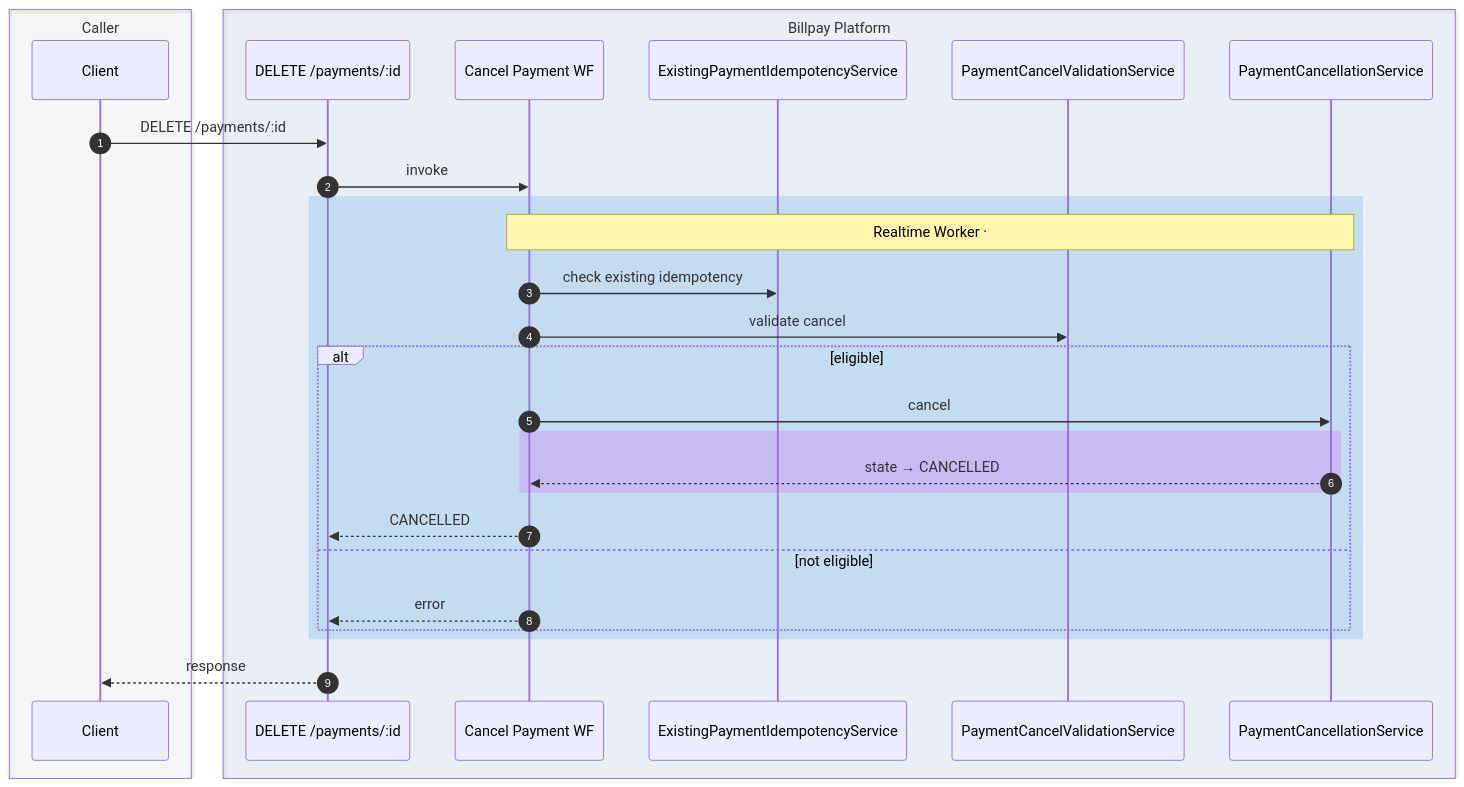
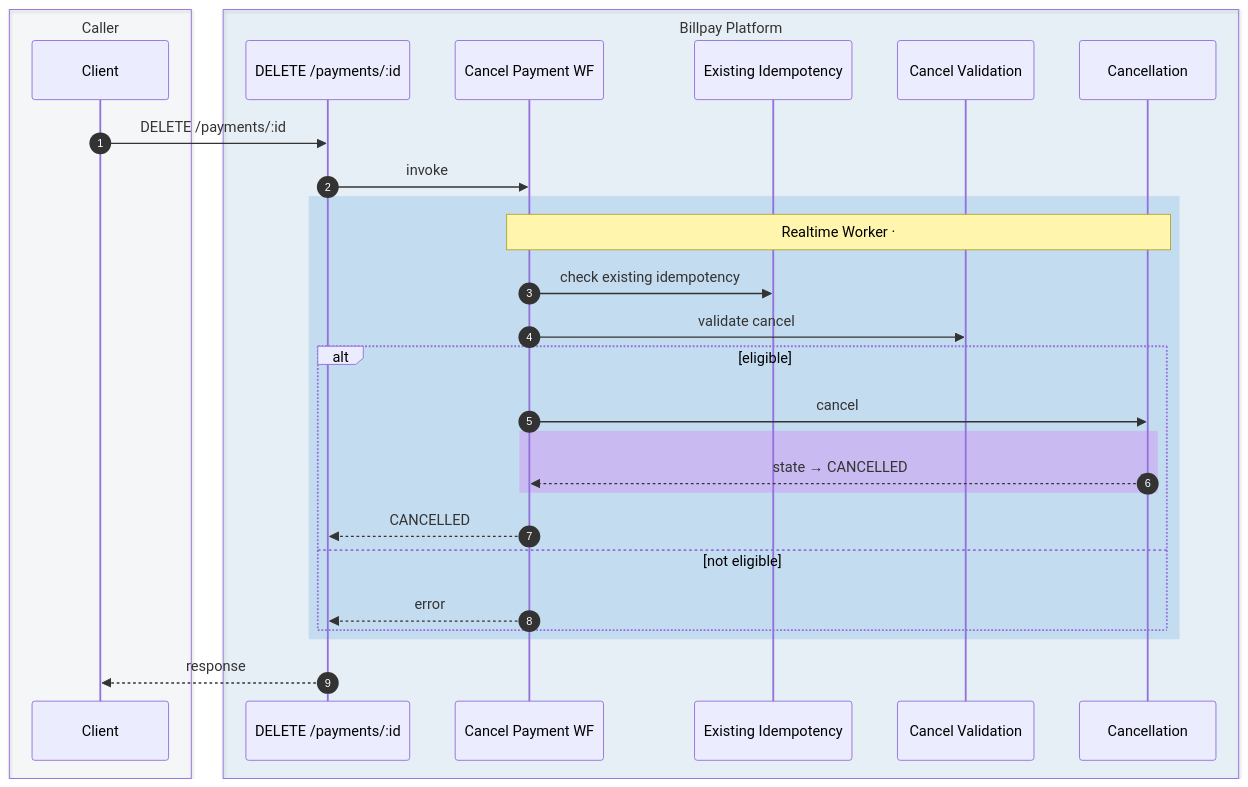
The fifth of 10 diagrams in docs/diagrams/sequence-diagrams.md (arunav-bhattacharya/billpay-docs), drawn with Mermaid before and after one commit. The commit also changed other lines of this file and 2 other files, not shown here.

First line of the commit message:
Compact sequence-diagram labels and tighten Mermaid sizing so diagrams fit the article column

````diff
--- a/docs/diagrams/sequence-diagrams.md
+++ b/docs/diagrams/sequence-diagrams.md
@@ -300,36 +300,36 @@
 ```mermaid
 sequenceDiagram
   autonumber
 
   box rgba(148,163,184,0.06) Caller
     participant C as Client
   end
 
   box rgba(0,111,207,0.08) Billpay Platform
     participant API as DELETE /payments/:id
     participant CWF as Cancel Payment WF
-    participant EPI as ExistingPaymentIdempotencyService
-    participant PCV as PaymentCancelValidationService
-    participant PCN as PaymentCancellationService
+    participant EPI as Existing Idempotency
+    participant PCV as Cancel Validation
+    participant PCN as Cancellation
   end
 
   C->>API: DELETE /payments/:id
   API->>CWF: invoke
 
   rect rgba(0,111,207,0.15)
     Note over CWF,PCN: Realtime Worker · #CancelPaymentWF — checks eligibility and transitions to CANCELLED
     CWF->>EPI: check existing idempotency
     CWF->>PCV: validate cancel
     alt eligible
       CWF->>PCN: cancel
       rect rgba(217,70,239,0.22)
         PCN-->>CWF: state → CANCELLED
       end
       CWF-->>API: CANCELLED
     else not eligible
       CWF-->>API: error
     end
   end
 
   API-->>C: response
 ```
````
